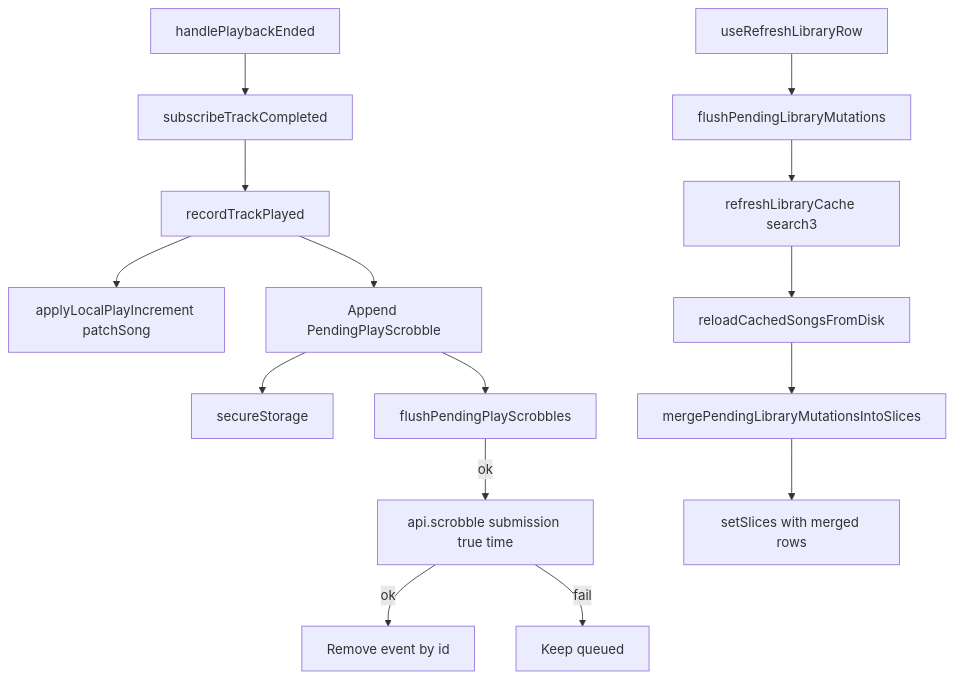
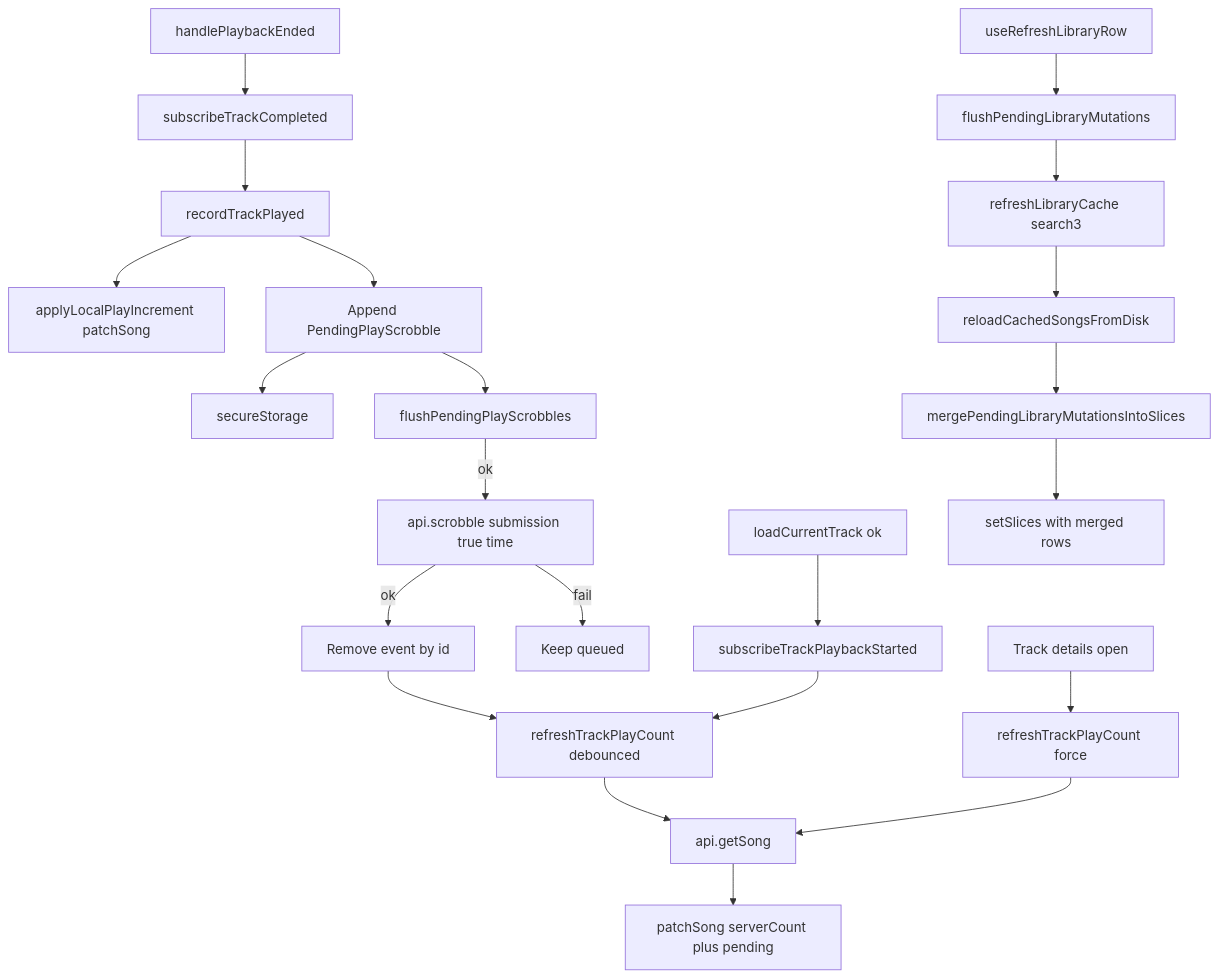
The diagram in doc/features/playCount.md (gentlespoon/AsMusic), drawn with Mermaid before and after one commit. The commit also changed other lines of this file and 24 other files, not shown here.

````diff
--- a/doc/features/playCount.md
+++ b/doc/features/playCount.md
@@ -35,17 +36,24 @@
 ```mermaid
 flowchart TD
   End[handlePlaybackEnded] --> Emit[subscribeTrackCompleted]
   Emit --> Record[recordTrackPlayed]
   Record --> Patch[applyLocalPlayIncrement patchSong]
   Record --> Queue[Append PendingPlayScrobble]
   Queue --> Persist[secureStorage]
   Queue --> Flush[flushPendingPlayScrobbles]
   Flush -->|ok| API["api.scrobble submission true time"]
   API -->|ok| Drop[Remove event by id]
   API -->|fail| Keep[Keep queued]
+  Start[loadCurrentTrack ok] --> Started[subscribeTrackPlaybackStarted]
+  Details[Track details open] --> RefreshForce[refreshTrackPlayCount force]
+  Started --> RefreshDebounced[refreshTrackPlayCount debounced]
+  Drop --> RefreshDebounced
+  RefreshForce --> GetSong[api.getSong]
+  RefreshDebounced --> GetSong
+  GetSong --> MergePending["patchSong serverCount plus pending"]
   Sync[useRefreshLibraryRow] --> FlushBoth[flushPendingLibraryMutations]
   FlushBoth --> Replace[refreshLibraryCache search3]
   Replace --> Reload[reloadCachedSongsFromDisk]
   Reload --> Merge[mergePendingLibraryMutationsIntoSlices]
   Merge --> SetSlices[setSlices with merged rows]
 ```
````
